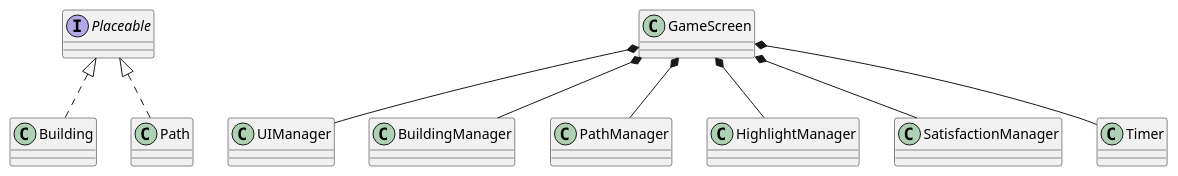
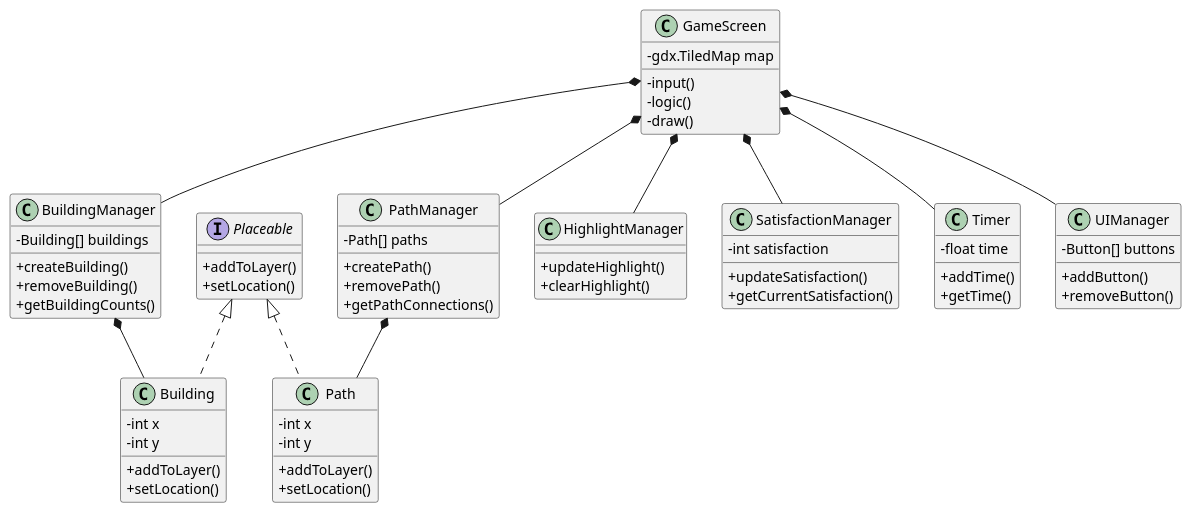
Before and after one commit to jobyoung05/ENG1-pixels-of-promise: the diagram in Plant UML Diagrams/overall_class_diagram_new.puml, drawn with PlantUML.

Commit message:
fleshed out new class diagram

```diff
--- a/Plant UML Diagrams/overall_class_diagram_new.puml
+++ b/Plant UML Diagrams/overall_class_diagram_new.puml
@@ -1,30 +1,72 @@
 @startuml
 
 skinparam classAttributeIconSize 0
 
-
-'''' Attributes and methods '''
-
-interface Placeable
-class GameScreen
-class Building
-class Path
-class UIManager
-class BuildingManager
-class PathManager
-class HighlightManager
-class SatisfactionManager
-class Timer
+interface Placeable{
+    +addToLayer()
+    +setLocation()
+}
+class GameScreen {
+    -gdx.TiledMap map
+    -input()
+    -logic()
+    -draw()
+}
+class Building{
+    -int x
+    -int y
+    +addToLayer()
+    +setLocation()
+}
+class Path{
+    - int x
+    - int y
+    +addToLayer()
+    +setLocation()
+}
+class UIManager{
+    -Button[] buttons
+    +addButton()
+    +removeButton()
+}
+class BuildingManager{
+    -Building[] buildings
+    +createBuilding()
+    +removeBuilding()
+    +getBuildingCounts()
+}
+class PathManager{
+    -Path[] paths
+    +createPath()
+    +removePath()
+    +getPathConnections()
+}
+class HighlightManager{
+    +updateHighlight()
+    +clearHighlight()
+}
+class SatisfactionManager{
+    -int satisfaction
+    +updateSatisfaction()
+    +getCurrentSatisfaction()
+}
+class Timer{
+    -float time
+    +addTime()
+    +getTime()
+}
 
 Placeable <|.. Building
 Placeable <|.. Path
 GameScreen *-- BuildingManager
 GameScreen *-- PathManager
 GameScreen *-- HighlightManager
 GameScreen *-- UIManager
 GameScreen *-- SatisfactionManager
 GameScreen *-- Timer
+BuildingManager *-- Building
+PathManager *-- Path
 
 
 
 @enduml
```
